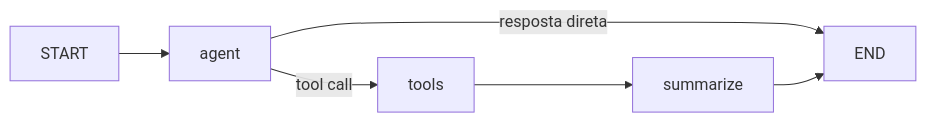
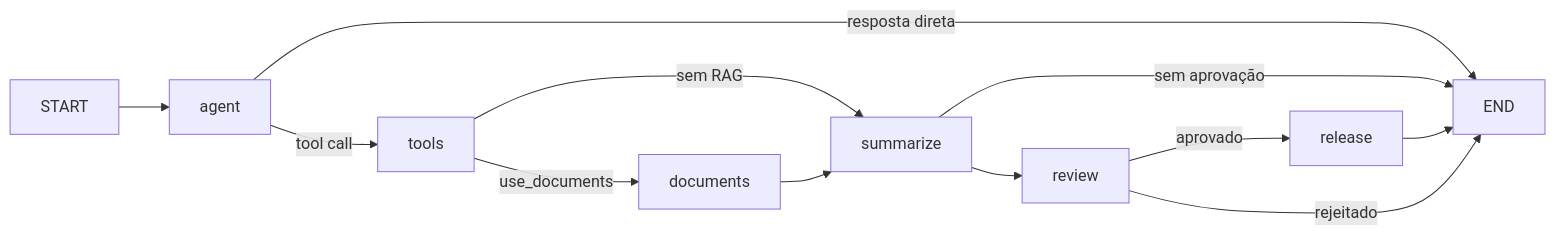
Before and after one commit to ErikaMendes89/langgraph-agent-lab: the diagram in README.md, drawn with Mermaid. The commit also changed other lines of this file and 4 other files, not shown here.

````diff
--- a/README.md
+++ b/README.md
@@ -51,7 +50,11 @@
 ```mermaid
 flowchart LR
     START --> agent
     agent -->|tool call| tools
     agent -->|resposta direta| END
-    tools --> summarize --> END
+    tools -->|sem RAG| summarize
+    tools -->|use_documents| documents --> summarize
+    summarize -->|sem aprovação| END
+    summarize --> review -->|aprovado| release --> END
+    review -->|rejeitado| END
 ```
````
